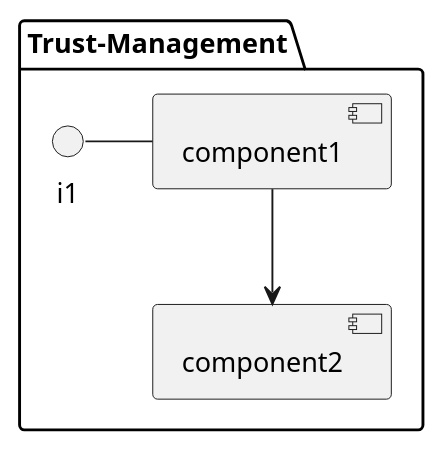
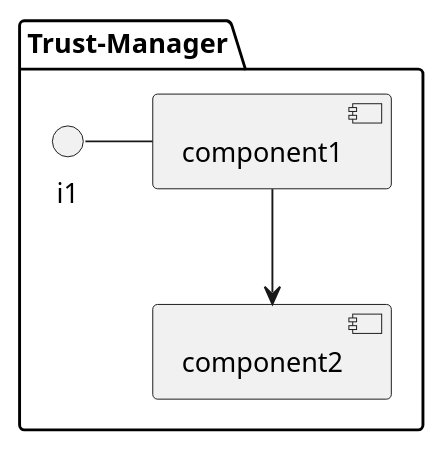
Before and after one commit to CAADE/CloudLet: the diagram in docs/Solution/Trust-Manager/Physical.puml, drawn with PlantUML. The commit also changed 235 other files, not shown here.

```diff
--- a/docs/Solution/Trust-Manager/Physical.puml
+++ b/docs/Solution/Trust-Manager/Physical.puml
@@ -1,11 +1,11 @@
 @startuml
 
-package "Trust-Management" {
+package "Trust-Manager" {
 component component1
 component component2
 interface i1
 
 }
 i1 - component1
 component1 --> component2
 @enduml
```
